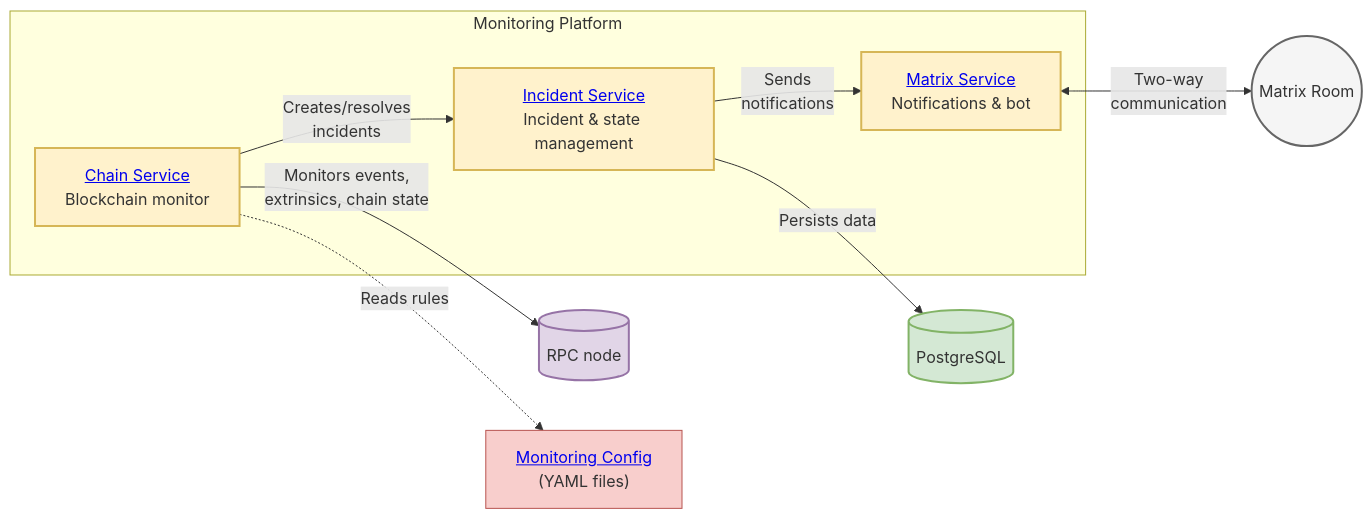
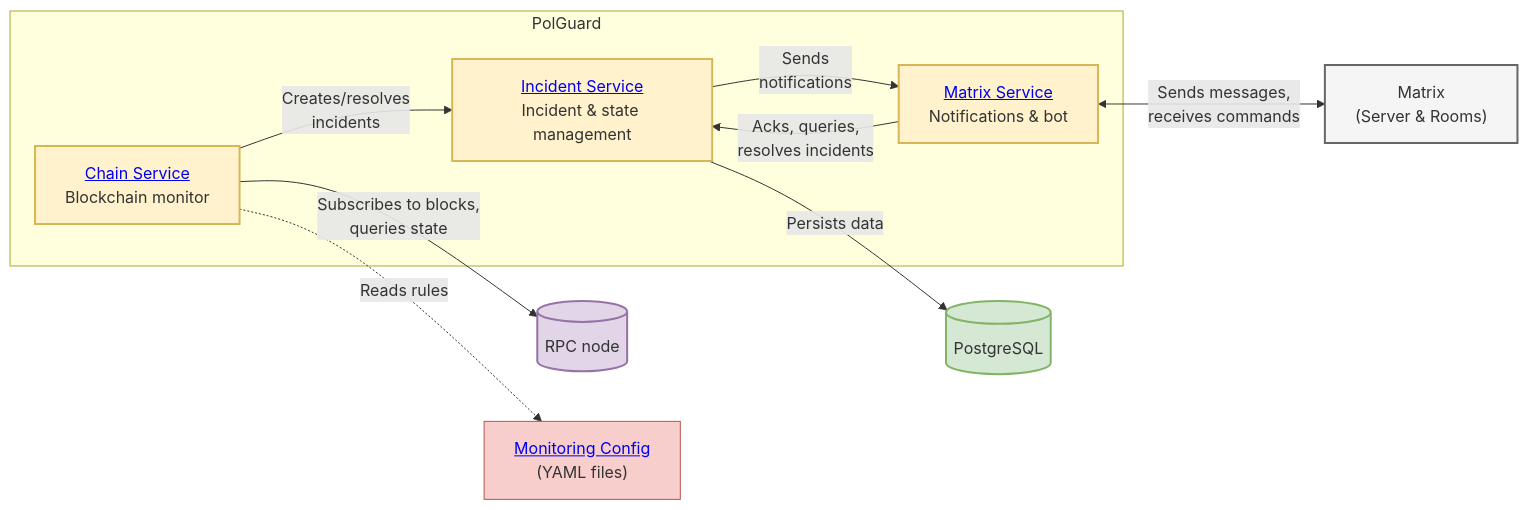
Before and after one commit to w3f/polguard: the second of 2 diagrams in README.md, drawn with Mermaid. The commit also changed other lines of this file and 87 other files, not shown here.

Commit message:
feat: rename monitoring-platform to polguard (#250)

````diff
--- a/README.md
+++ b/README.md
@@ -77,30 +77,31 @@
 ```mermaid
 graph LR
     %% External Components
     Blockchain[("RPC node")]:::blockchain
     Postgres[(PostgreSQL)]:::database
-    MatrixRoom((Matrix Room)):::external
-    Config["<a href='https://github.com/w3f/monitoring-platform/blob/master/packages/config/CONFIG_GUIDE.md' title='Configuration Guide'>Monitoring Config</a><br>(YAML files)"]:::config
-    
+    MatrixExt["Matrix<br>(Server & Rooms)"]:::external
+    Config["<a href='https://github.com/w3f/polguard/blob/master/packages/config/CONFIG_GUIDE.md' title='Configuration Guide'>Monitoring Config</a><br>(YAML files)"]:::config
+
     %% Core Services
-    subgraph Services ["Monitoring Platform"]
-        Incident["<a href='https://github.com/w3f/monitoring-platform/blob/master/packages/incident/README.md' title='Incident Service Documentation'>Incident Service</a><br>Incident & state management"]:::service
-        Matrix["<a href='https://github.com/w3f/monitoring-platform/blob/master/packages/matrix/README.md' title='Matrix Service Documentation'>Matrix Service</a><br>Notifications & bot"]:::service
-        Chain["<a href='https://github.com/w3f/monitoring-platform/blob/master/packages/chain/README.md' title='Chain Service Documentation'>Chain Service</a><br>Blockchain monitor"]:::service
+    subgraph Services ["PolGuard"]
+        Incident["<a href='https://github.com/w3f/polguard/blob/master/packages/incident/README.md' title='Incident Service Documentation'>Incident Service</a><br>Incident & state management"]:::service
+        Matrix["<a href='https://github.com/w3f/polguard/blob/master/packages/matrix/README.md' title='Matrix Service Documentation'>Matrix Service</a><br>Notifications & bot"]:::service
+        Chain["<a href='https://github.com/w3f/polguard/blob/master/packages/chain/README.md' title='Chain Service Documentation'>Chain Service</a><br>Blockchain monitor"]:::service
     end
     
     %% Connections
-    Chain -->|"Monitors events,<br>extrinsics, chain state"| Blockchain
+    Chain -->|"Subscribes to blocks,<br>queries state"| Blockchain
     Chain -.->|"Reads rules"| Config
     Chain -->|"Creates/resolves<br>incidents"| Incident
     Incident -->|"Sends<br>notifications"| Matrix
-    Matrix <-->|"Two-way<br>communication"| MatrixRoom
+    Matrix -->|"Acks, queries,<br>resolves incidents"| Incident
+    Matrix <-->|"Sends messages,<br>receives commands"| MatrixExt
     Incident -->|"Persists data"| Postgres
     
     %% Styling
     classDef service fill:#FFF2CC,stroke:#D6B656,stroke-width:2px
     classDef blockchain fill:#E1D5E7,stroke:#9673A6,stroke-width:2px
     classDef database fill:#D4E8D4,stroke:#82B366,stroke-width:2px
     classDef external fill:#F5F5F5,stroke:#666666,stroke-width:2px
     classDef config fill:#F8CECC,stroke:#B85450,stroke-width:1px
 ```
````
